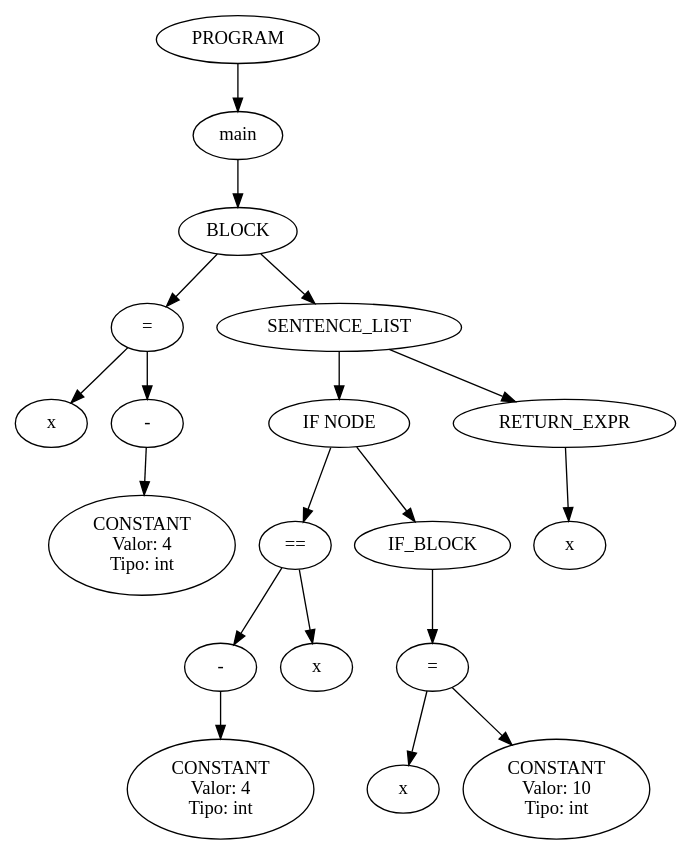
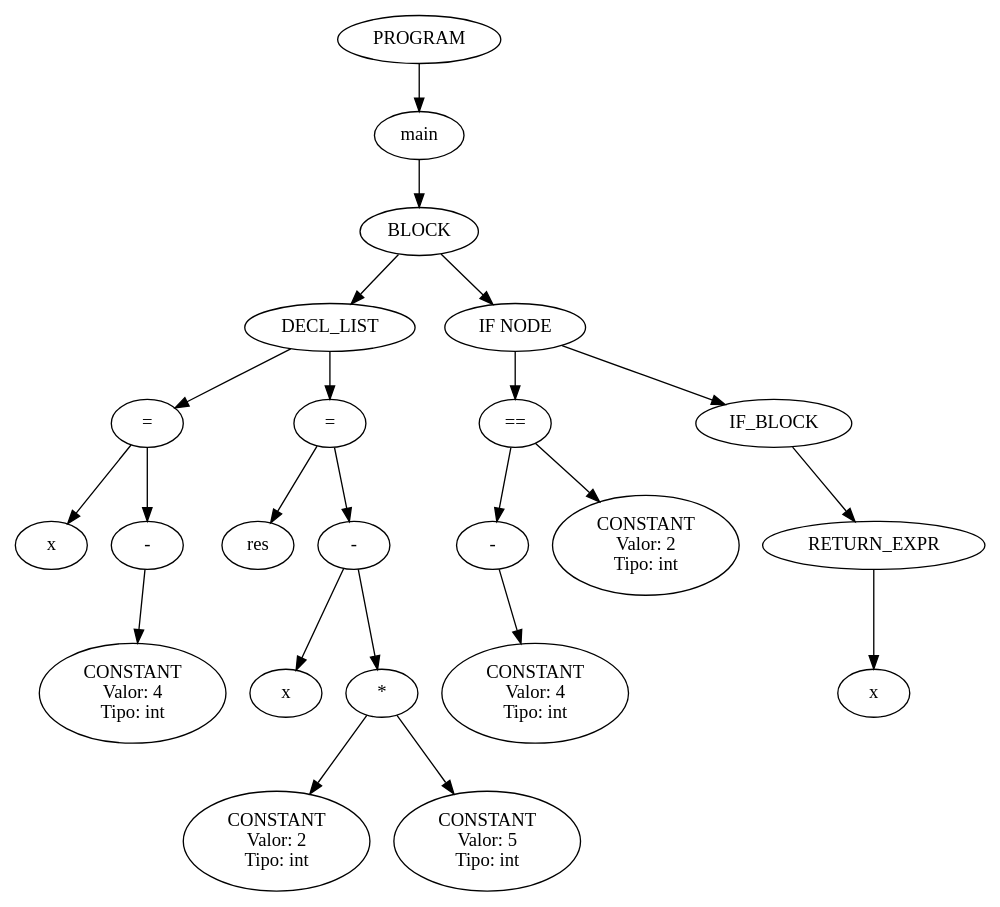
Before and after one commit to LucioMansilla/loopi_compiler: the diagram in ast.dot, drawn with Graphviz. The commit also changed 5 other files, not shown here.

```diff
--- a/ast.dot
+++ b/ast.dot
@@ -1,39 +1,47 @@
 digraph AST {
   0 [label="PROGRAM"];
   1 [label="main"];
   2 [label="BLOCK"];
-  3 [label="="];
-  4 [label="x"];
+  3 [label="DECL_LIST"];
+  4 [label="="];
+  5 [label="x"];
+  4 -> 5;
+  6 [label="-"];
+  7 [label="CONSTANT\nValor: 4\nTipo: int"];
+  6 -> 7;
+  4 -> 6;
   3 -> 4;
-  5 [label="-"];
-  6 [label="CONSTANT\nValor: 4\nTipo: int"];
-  5 -> 6;
-  3 -> 5;
+  8 [label="="];
+  9 [label="res"];
+  8 -> 9;
+  10 [label="-"];
+  11 [label="x"];
+  10 -> 11;
+  12 [label="*"];
+  13 [label="CONSTANT\nValor: 2\nTipo: int"];
+  12 -> 13;
+  14 [label="CONSTANT\nValor: 5\nTipo: int"];
+  12 -> 14;
+  10 -> 12;
+  8 -> 10;
+  3 -> 8;
   2 -> 3;
-  7 [label="SENTENCE_LIST"];
-  8 [label="IF NODE"];
-  9 [label="=="];
-  10 [label="-"];
-  11 [label="CONSTANT\nValor: 4\nTipo: int"];
-  10 -> 11;
-  9 -> 10;
-  12 [label="x"];
-  9 -> 12;
-  8 -> 9;
-  13 [label="IF_BLOCK"];
-  14 [label="="];
-  15 [label="x"];
-  14 -> 15;
-  16 [label="CONSTANT\nValor: 10\nTipo: int"];
-  14 -> 16;
-  13 -> 14;
-  8 -> 13;
-  7 -> 8;
-  17 [label="RETURN_EXPR"];
-  18 [label="x"];
+  15 [label="IF NODE"];
+  16 [label="=="];
+  17 [label="-"];
+  18 [label="CONSTANT\nValor: 4\nTipo: int"];
   17 -> 18;
-  7 -> 17;
-  2 -> 7;
+  16 -> 17;
+  19 [label="CONSTANT\nValor: 2\nTipo: int"];
+  16 -> 19;
+  15 -> 16;
+  20 [label="IF_BLOCK"];
+  21 [label="RETURN_EXPR"];
+  22 [label="x"];
+  21 -> 22;
+  20 -> 21;
+  15 -> 20;
+  2 -> 15;
   1 -> 2;
   0 -> 1;
 }
```
